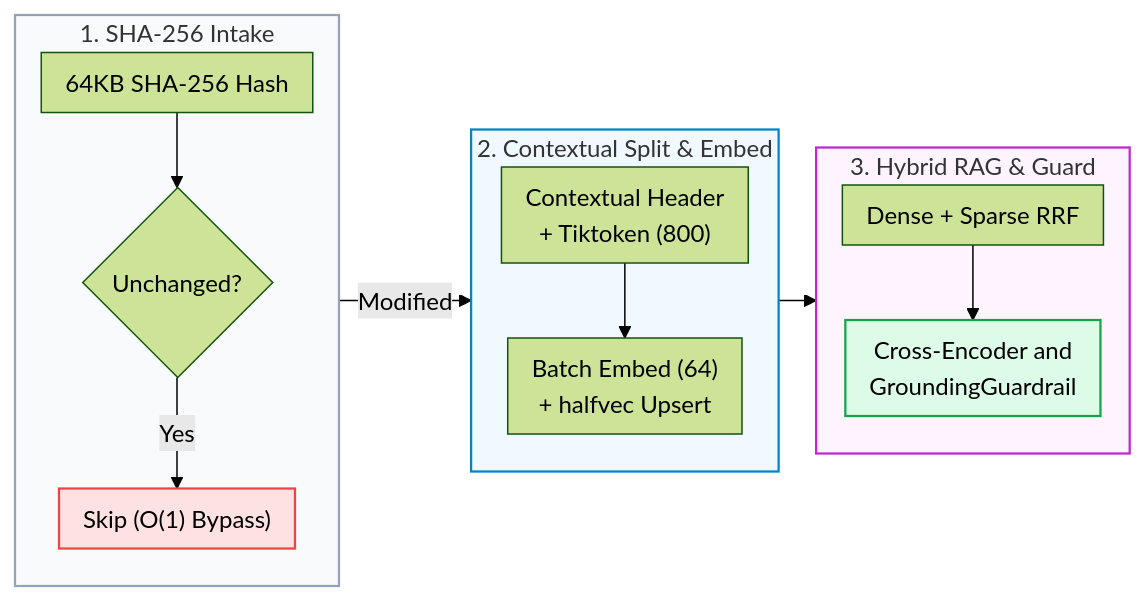
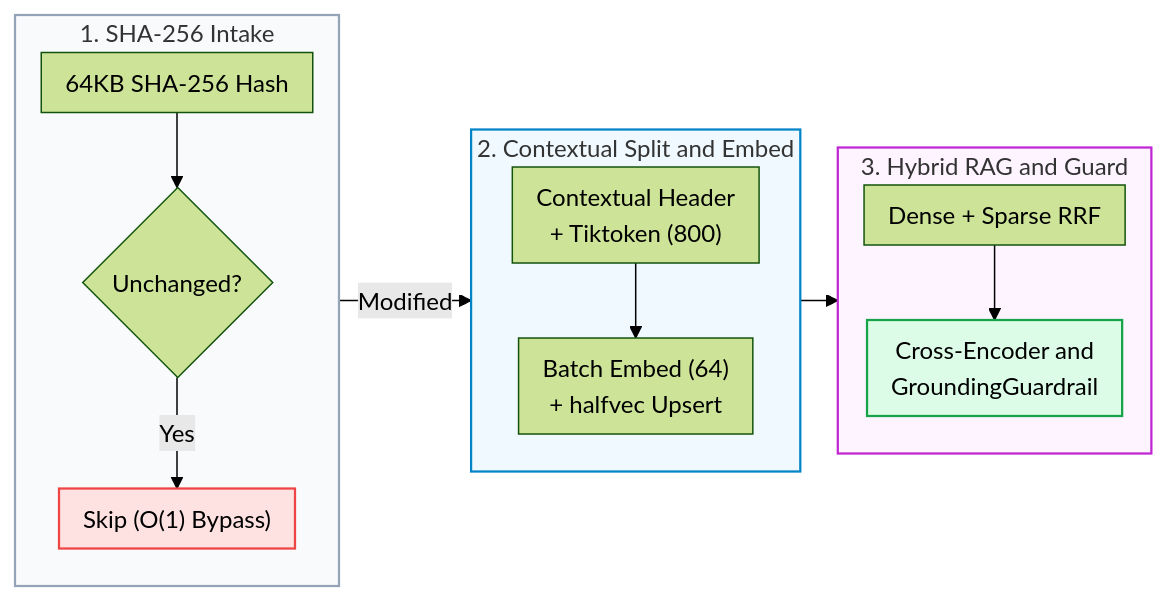
The fifth of 10 diagrams in README.md (Kenono2000/enterprise-rag-pgvector-rbac), drawn with Mermaid (forest theme) before and after one commit. The commit also changed other lines of this file and 10 other files, not shown here.

First line of the commit message:
feat: Enhance HITL approval flow with checkpointing and decision endpoint

````diff
--- a/README.md
+++ b/README.md
@@ -152,24 +158,24 @@
 ```mermaid
 %%{init: {'flowchart': {'nodeSpacing': 15, 'rankSpacing': 25, 'padding': 8}}}%%
 flowchart LR
     subgraph Stage1 ["1. SHA-256 Intake"]
         direction TB
         Hash["64KB SHA-256 Hash"] --> Check{"Unchanged?"}
-        Check -->|Yes| Skip["Skip (O(1) Bypass)"]
+        Check -->|"Yes"| Skip["Skip (O(1) Bypass)"]
     end
-    subgraph Stage2 ["2. Contextual Split & Embed"]
+    subgraph Stage2 ["2. Contextual Split and Embed"]
         direction TB
         Split["Contextual Header<br/>+ Tiktoken (800)"] --> Embed["Batch Embed (64)<br/>+ halfvec Upsert"]
     end
-    subgraph Stage3 ["3. Hybrid RAG & Guard"]
+    subgraph Stage3 ["3. Hybrid RAG and Guard"]
         direction TB
         RRF["Dense + Sparse RRF"] --> Guard["Cross-Encoder and<br/>GroundingGuardrail"]
     end
-    Check -->|Modified| Split
+    Check -->|"Modified"| Split
     Embed --> RRF
     style Stage1 fill:#f8fafc,stroke:#94a3b8,stroke-width:1.5px
     style Stage2 fill:#f0f9ff,stroke:#0284c7,stroke-width:1.5px
     style Stage3 fill:#fdf4ff,stroke:#c026d3,stroke-width:1.5px
     style Skip fill:#fee2e2,stroke:#ef4444,stroke-width:1.5px
     style Guard fill:#dcfce7,stroke:#16a34a,stroke-width:1.5px
 ```
````
